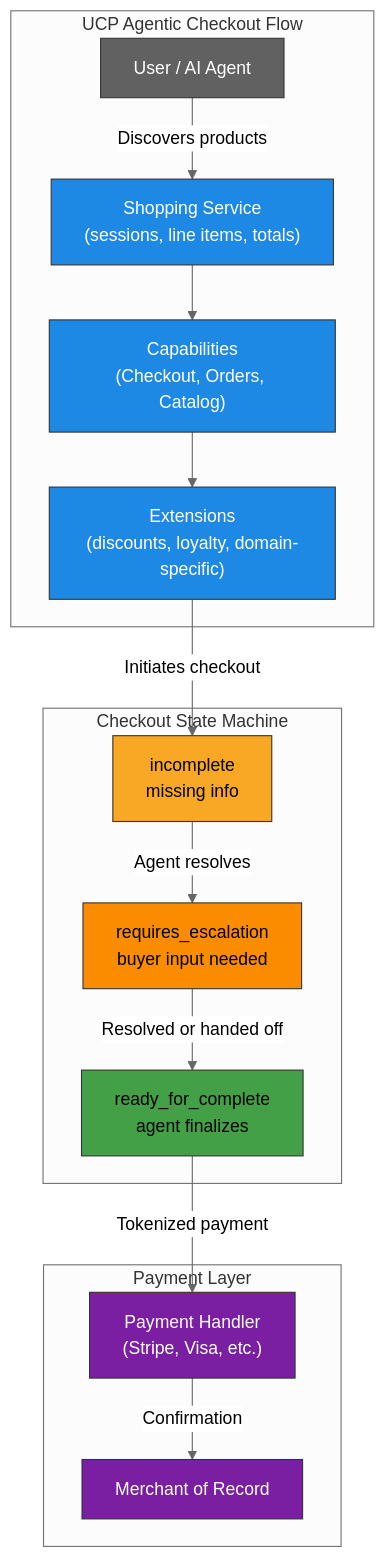
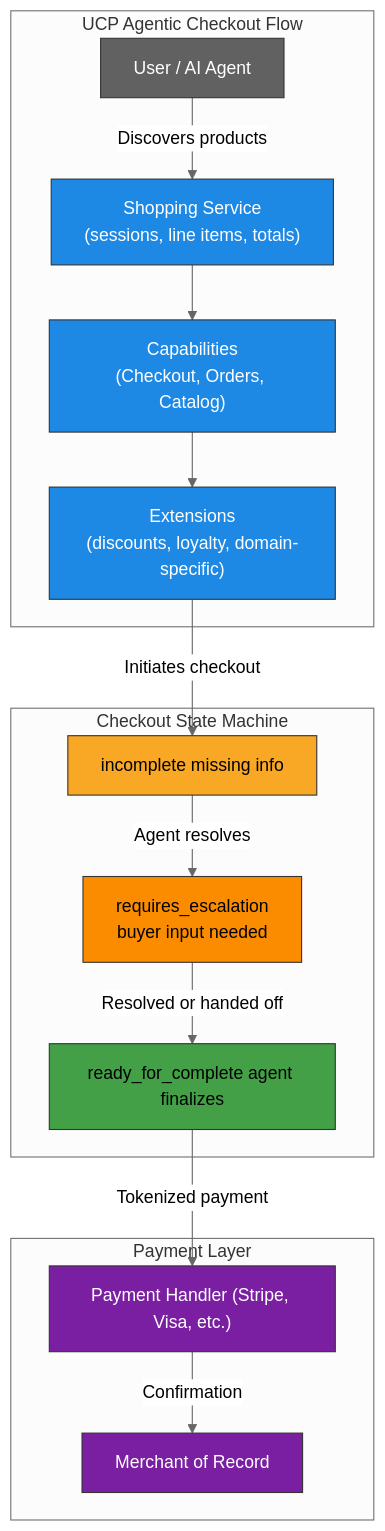
One commit to bilarikan/bilarikan.github.io changed the third of 5 diagrams in content/posts/google-quietly-building-agentic-web/index.md. Above: the diagram before and after it, drawn with Mermaid (neutral theme).

Commit message:
added <br/> rather than </n> to test it's usability in mermaid diagram.

```diff
--- a/content/posts/google-quietly-building-agentic-web/index.md
+++ b/content/posts/google-quietly-building-agentic-web/index.md
@@ -101,32 +101,32 @@
 {{< mermaid >}}
 graph TD
     subgraph "UCP Agentic Checkout Flow"
-        U[User / AI Agent] -->|"Discovers products"| S["Shopping Service\n(sessions, line items, totals)"]
+        U[User / AI Agent] -->|"Discovers products"| S["Shopping Service<br/>(sessions, line items, totals)"]
         S --> CAP["Capabilities\n(Checkout, Orders, Catalog)"]
         CAP --> EXT["Extensions\n(discounts, loyalty, domain-specific)"]
     end
 
     EXT -->|"Initiates checkout"| I
 
     subgraph "Checkout State Machine"
-        I["incomplete\nmissing info"] -->|"Agent resolves"| RE["requires_escalation\nbuyer input needed"]
-        RE -->|"Resolved or handed off"| R["ready_for_complete\nagent finalizes"]
+        I["incomplete missing info"] -->|"Agent resolves"| RE["requires_escalation<br/>buyer input needed"]
+        RE -->|"Resolved or handed off"| R["ready_for_complete agent finalizes"]
     end
 
     R -->|"Tokenized payment"| PH
 
     subgraph "Payment Layer"
-        PH["Payment Handler\n(Stripe, Visa, etc.)"]
+        PH["Payment Handler (Stripe, Visa, etc.)"]
         PH -->|"Confirmation"| M["Merchant of Record"]
     end
 
     style U fill:#616161,stroke:#333,color:#fff
     style S fill:#1e88e5,stroke:#333,color:#fff
     style CAP fill:#1e88e5,stroke:#333,color:#fff
     style EXT fill:#1e88e5,stroke:#333,color:#fff
     style I fill:#f9a825,stroke:#333
     style RE fill:#fb8c00,stroke:#333
     style R fill:#43a047,stroke:#333
     style PH fill:#7b1fa2,stroke:#333,color:#fff
     style M fill:#7b1fa2,stroke:#333,color:#fff
 {{< /mermaid >}}
```
